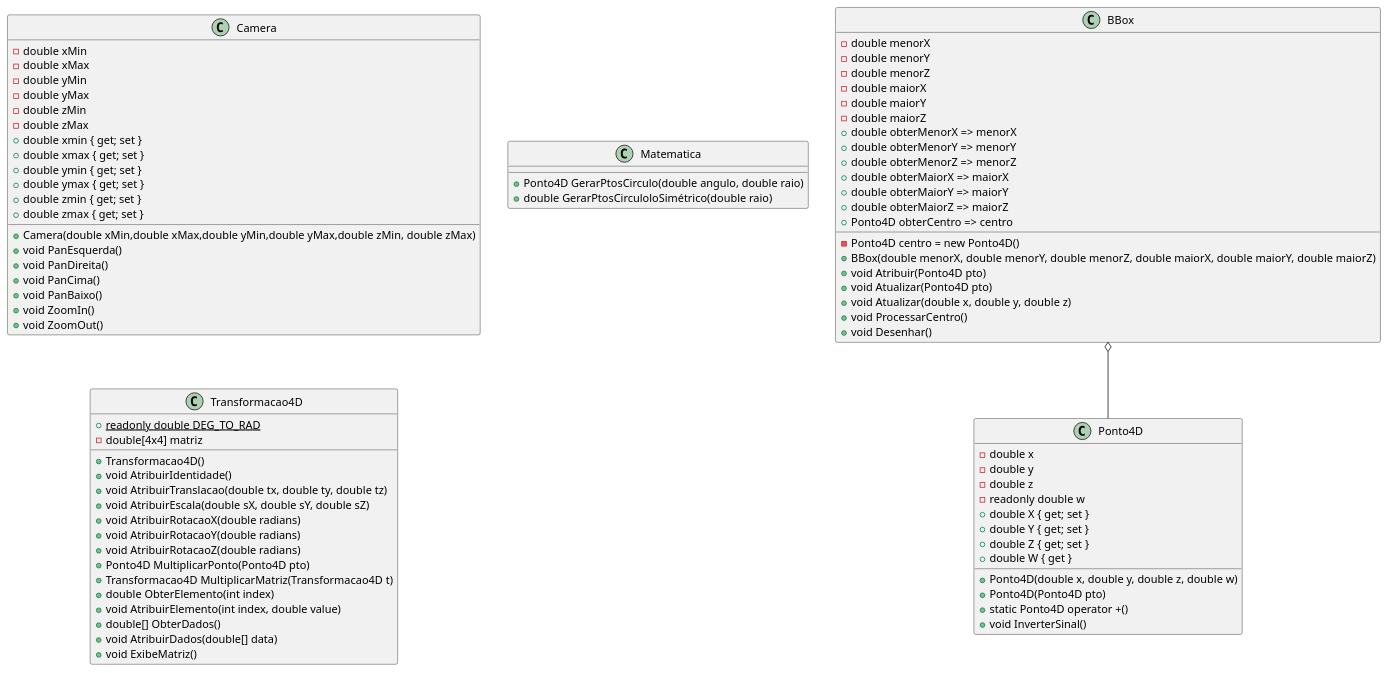
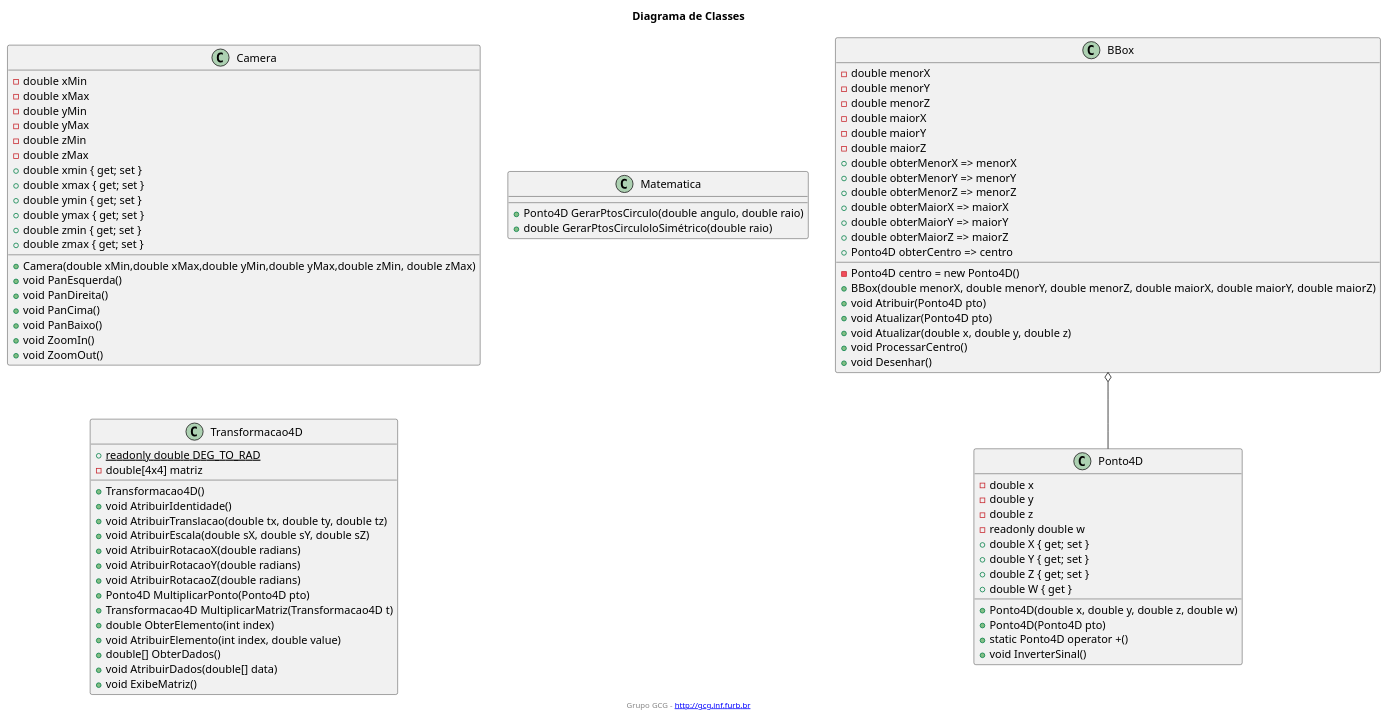
Before and after one commit to gustavospiess/gcg-cg: the diagram in CG_Biblioteca/docs/umlClasses.wsd, drawn with PlantUML. The commit also changed 2 other files, not shown here.

Commit message:
Ajustei o título/rodapé dos diagramas.

```diff
--- a/CG_Biblioteca/docs/umlClasses.wsd
+++ b/CG_Biblioteca/docs/umlClasses.wsd
@@ -2,78 +2,81 @@
 @startuml CG_Biblioteca
+
+title Diagrama de Classes
+footer Grupo GCG - [[http://gcg.inf.furb.br]]
 
 BBox : - double menorX
 BBox : - double menorY
 BBox : - double menorZ
 BBox : - double maiorX
 BBox : - double maiorY
 BBox : - double maiorZ
 BBox : - Ponto4D centro = new Ponto4D()
 BBox : + BBox(double menorX, double menorY, double menorZ, double maiorX, double maiorY, double maiorZ)
 BBox : + void Atribuir(Ponto4D pto)
 BBox : + void Atualizar(Ponto4D pto)
 BBox : + void Atualizar(double x, double y, double z)
 BBox : + void ProcessarCentro()
 BBox : + void Desenhar()
 BBox : + double obterMenorX => menorX
 BBox : + double obterMenorY => menorY
 BBox : + double obterMenorZ => menorZ
 BBox : + double obterMaiorX => maiorX
 BBox : + double obterMaiorY => maiorY
 BBox : + double obterMaiorZ => maiorZ
 BBox : + Ponto4D obterCentro => centro
 BBox o-- Ponto4D
 
 Camera : - double xMin
 Camera : - double xMax
 Camera : - double yMin
 Camera : - double yMax
 Camera : - double zMin
 Camera : - double zMax
 Camera : + Camera(double xMin,double xMax,double yMin,double yMax,double zMin, double zMax)
 Camera : + double xmin { get; set }
 Camera : + double xmax { get; set }
 Camera : + double ymin { get; set }
 Camera : + double ymax { get; set }
 Camera : + double zmin { get; set }
 Camera : + double zmax { get; set }
 Camera : + void PanEsquerda()
 Camera : + void PanDireita()
 Camera : + void PanCima()
 Camera : + void PanBaixo()
 Camera : + void ZoomIn()
 Camera : + void ZoomOut()
 
 Matematica : + Ponto4D GerarPtosCirculo(double angulo, double raio)
 Matematica : + double GerarPtosCirculoloSimétrico(double raio)
 
 Ponto4D : - double x
 Ponto4D : - double y
 Ponto4D : - double z
 Ponto4D : - readonly double w
 Ponto4D : + Ponto4D(double x, double y, double z, double w)
 Ponto4D : + Ponto4D(Ponto4D pto)
 Ponto4D : + static Ponto4D operator +()
 Ponto4D : + double X { get; set }
 Ponto4D : + double Y { get; set }
 Ponto4D : + double Z { get; set }
 Ponto4D : + double W { get }
 Ponto4D : + void InverterSinal()
 
 Transformacao4D : {static} + readonly double DEG_TO_RAD
 Transformacao4D : -double[4x4] matriz
 Transformacao4D : +Transformacao4D()
 Transformacao4D : +void AtribuirIdentidade()
 Transformacao4D : +void AtribuirTranslacao(double tx, double ty, double tz)
 Transformacao4D : +void AtribuirEscala(double sX, double sY, double sZ)
 Transformacao4D : +void AtribuirRotacaoX(double radians)
 Transformacao4D : +void AtribuirRotacaoY(double radians)
 Transformacao4D : +void AtribuirRotacaoZ(double radians)
 Transformacao4D : +Ponto4D MultiplicarPonto(Ponto4D pto)
 Transformacao4D : +Transformacao4D MultiplicarMatriz(Transformacao4D t)
 Transformacao4D : +double ObterElemento(int index)
 Transformacao4D : +void AtribuirElemento(int index, double value)
 Transformacao4D : +double[] ObterDados()
 Transformacao4D : +void AtribuirDados(double[] data)
 Transformacao4D : +void ExibeMatriz()
 
 @enduml
```
